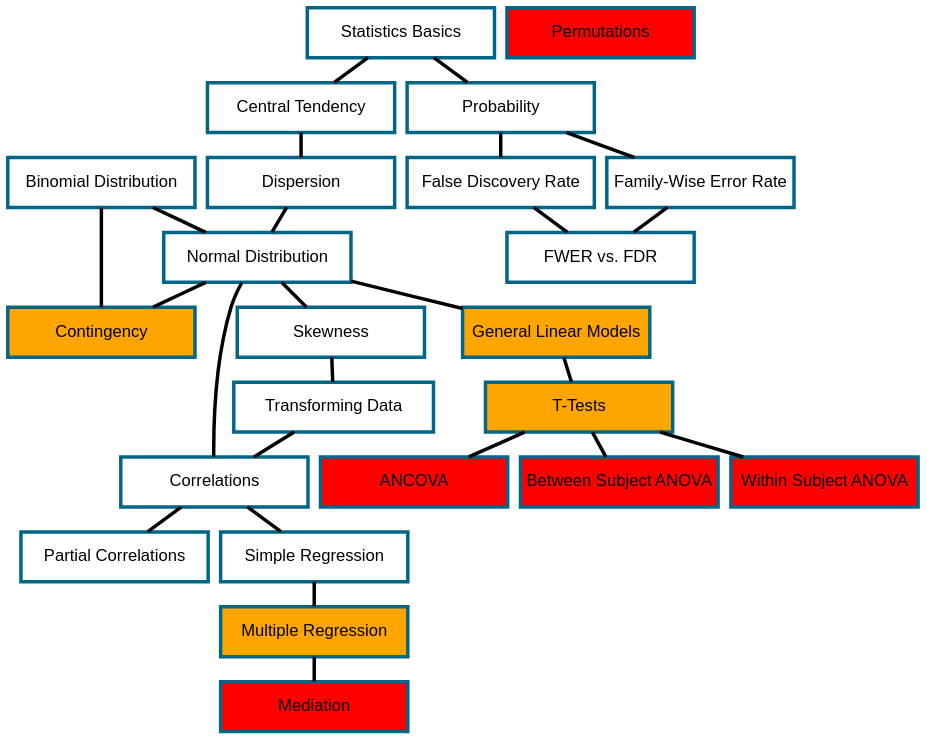
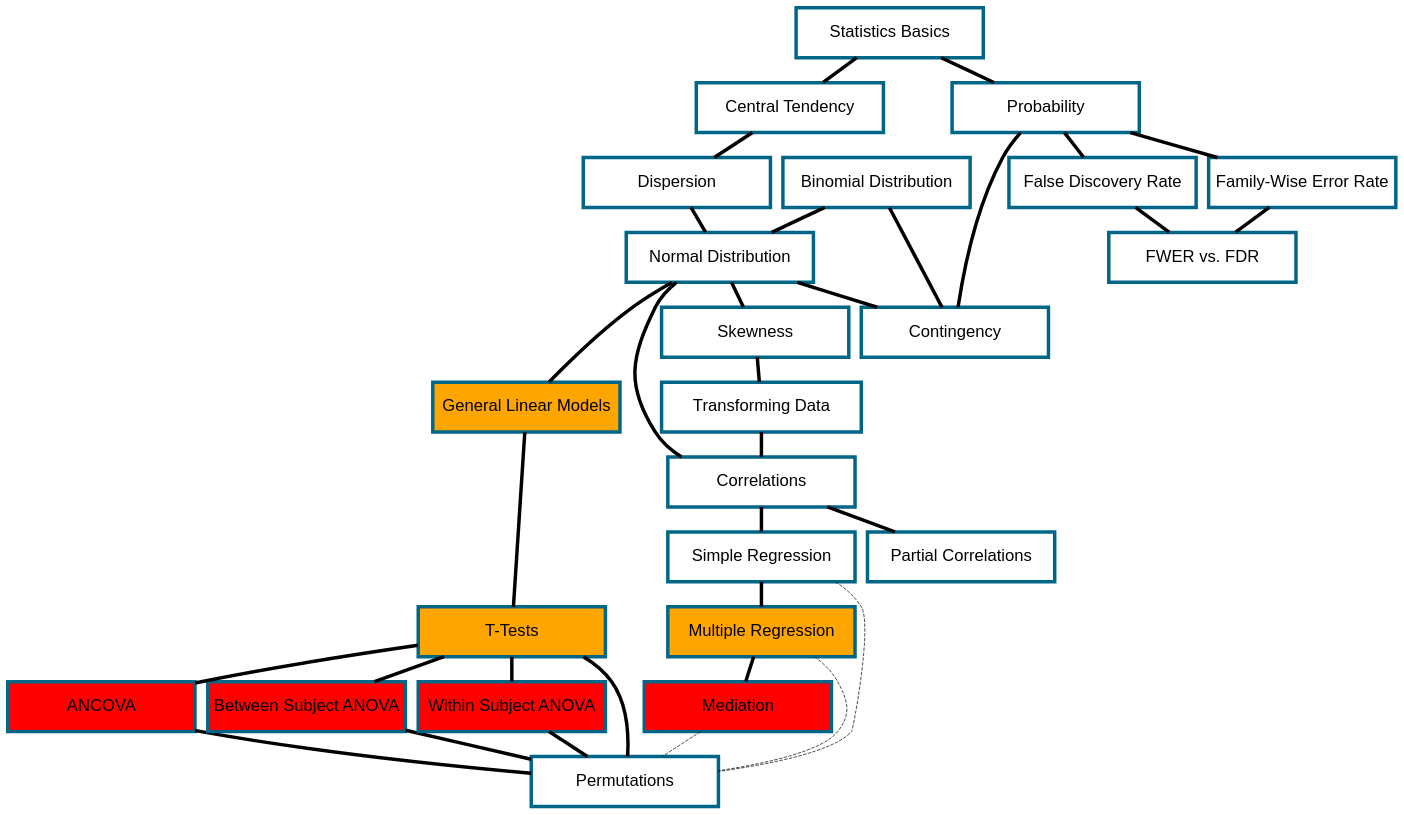
One commit to Reading-Psych/jast changed the diagram in overview.qmd. Above: the diagram before and after it, drawn with Graphviz. The commit also changed other lines of this file and 85 other files, not shown here.

````diff
--- a/overview.qmd
+++ b/overview.qmd
@@ -61,7 +61,7 @@
 		contingency[
 		  URL = "../categorical/contingency.html",
 			fixedsize = true,
-			fillcolor = "orange",
+		#	fillcolor = "orange",
 			label = "Contingency"
 		]
 		central_tendency[
@@ -132,8 +132,8 @@
 		]
 		permutation[
 		  label = "Permutations",
-		  fillcolor = "red",
-		  URL = "",
+		  fillcolor = "white",
+		  URL = "permutations.html",
 		  #width = 15,
 		]
 		probability [
@@ -198,6 +198,7 @@
 	simple_regression -> multiple_regression
 	skewness -> transforming
 	transforming -> correlations
+	probability -> contingency
 	probability -> fwer
 	probability -> fdr
 	stats_basics -> central_tendency
@@ -206,13 +207,24 @@
 	ttests -> between_anova
 	ttests -> repeated_measures_anova
 	
-  edge[ style = invis ];
-  # ancova -> permutation
+  # edge[ style = invis ];
+  ancova -> permutation
+  repeated_measures_anova -> permutation
+  between_anova -> permutation
   # correlations -> permutation
-  # mediation -> permutation
-  # multiple_regression -> permutation
-  # # partial_correlations -> permutation
-  # simple_regression -> permutation
-  # ttests -> permutation
+  mediation -> permutation  [
+    style = "dashed",
+    #row = func
+	] 
+  multiple_regression -> permutation  [
+    style = "dashed",
+    #row = func
+	] 
+  # partial_correlations -> permutation
+  simple_regression -> permutation  [
+    style = "dashed",
+    #row = func
+	] 
+  ttests -> permutation
 }
 ```
````
